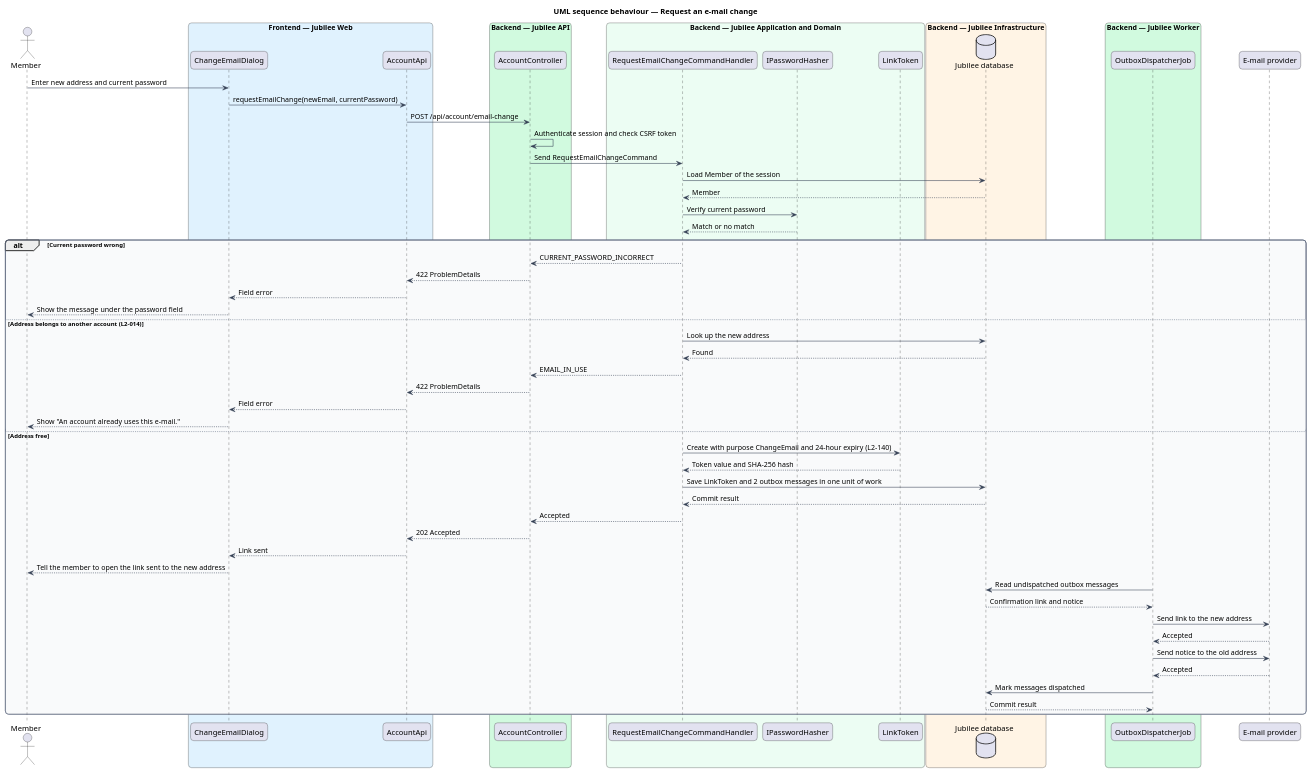
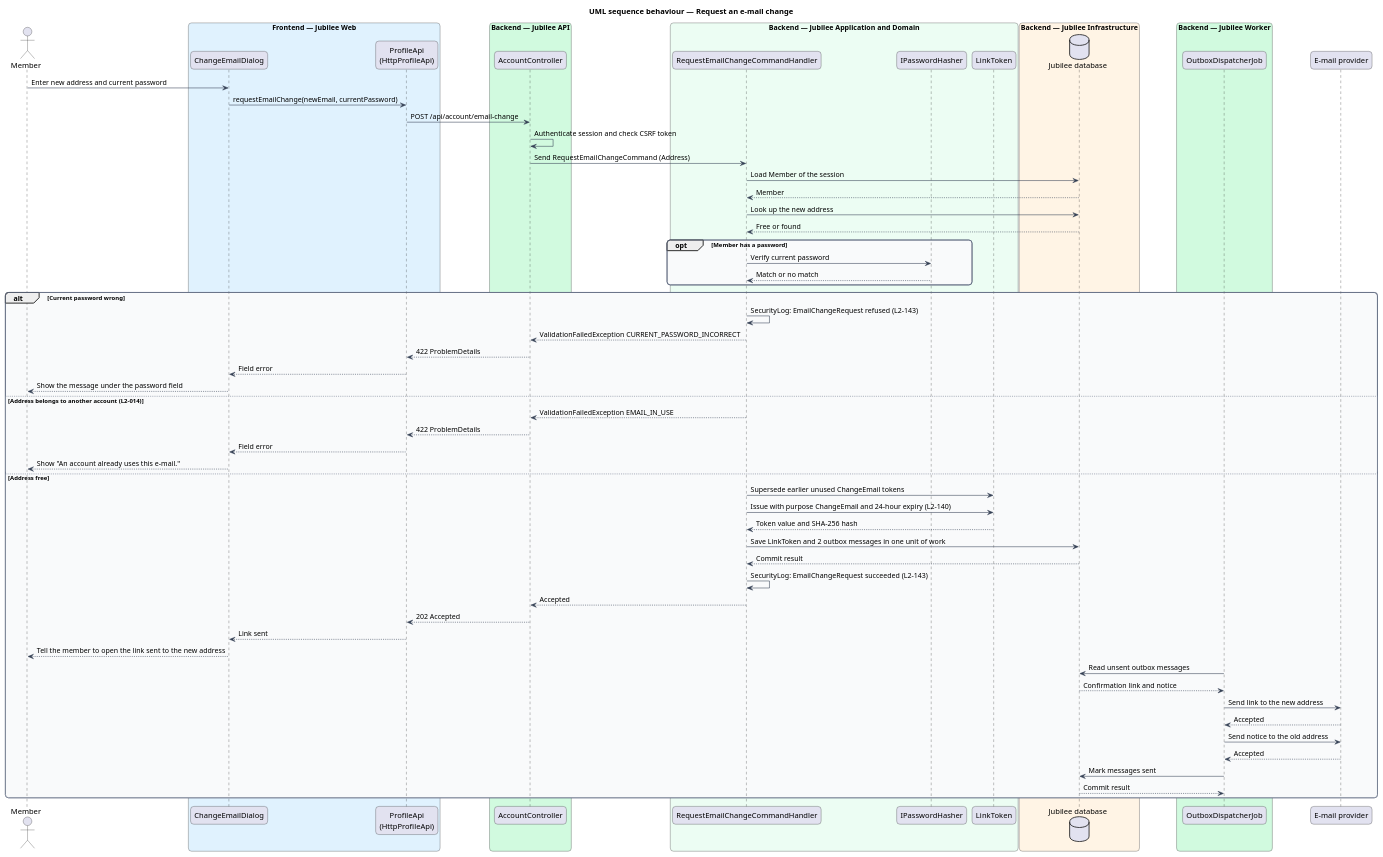
The diagram in docs/detailed-designs/accounts/change-credentials/diagrams/sequence-request-email-change.puml (QuinntyneBrown/jubilee), drawn with PlantUML before and after one commit. The commit also changed 30 other files, not shown here.

```diff
--- a/docs/detailed-designs/accounts/change-credentials/diagrams/sequence-request-email-change.puml
+++ b/docs/detailed-designs/accounts/change-credentials/diagrams/sequence-request-email-change.puml
@@ -1,78 +1,83 @@
 @startuml
 title UML sequence behaviour — Request an e-mail change
 skinparam backgroundColor #FFFFFF
 skinparam shadowing false
 skinparam roundcorner 12
 skinparam defaultFontName Arial
 skinparam ArrowColor #344054
 skinparam rectangle {
   BorderColor #344054
   FontColor #101828
 }
 skinparam package {
   BorderColor #667085
   FontColor #101828
   BackgroundColor #F9FAFB
 }
 
 
 actor "Member" as actor
 box "Frontend — Jubilee Web" #E0F2FE
   participant "ChangeEmailDialog" as dialog
-  participant "AccountApi" as client
+  participant "ProfileApi\n(HttpProfileApi)" as client
 end box
 box "Backend — Jubilee API" #D1FADF
   participant "AccountController" as controller
 end box
 box "Backend — Jubilee Application and Domain" #ECFDF3
   participant "RequestEmailChangeCommandHandler" as handler
   participant "IPasswordHasher" as hasher
   participant "LinkToken" as token
 end box
 box "Backend — Jubilee Infrastructure" #FFF4E5
   database "Jubilee database" as db
 end box
 box "Backend — Jubilee Worker" #D1FADF
   participant "OutboxDispatcherJob" as job
 end box
 participant "E-mail provider" as email
 actor -> dialog : Enter new address and current password
 dialog -> client : requestEmailChange(newEmail, currentPassword)
 client -> controller : POST /api/account/email-change
 controller -> controller : Authenticate session and check CSRF token
-controller -> handler : Send RequestEmailChangeCommand
+controller -> handler : Send RequestEmailChangeCommand (Address)
 handler -> db : Load Member of the session
 db --> handler : Member
-handler -> hasher : Verify current password
-hasher --> handler : Match or no match
+handler -> db : Look up the new address
+db --> handler : Free or found
+opt Member has a password
+  handler -> hasher : Verify current password
+  hasher --> handler : Match or no match
+end
 alt Current password wrong
-  handler --> controller : CURRENT_PASSWORD_INCORRECT
+  handler -> handler : SecurityLog: EmailChangeRequest refused (L2-143)
+  handler --> controller : ValidationFailedException CURRENT_PASSWORD_INCORRECT
   controller --> client : 422 ProblemDetails
   client --> dialog : Field error
   dialog --> actor : Show the message under the password field
 else Address belongs to another account (L2-014)
-  handler -> db : Look up the new address
-  db --> handler : Found
-  handler --> controller : EMAIL_IN_USE
+  handler --> controller : ValidationFailedException EMAIL_IN_USE
   controller --> client : 422 ProblemDetails
   client --> dialog : Field error
   dialog --> actor : Show "An account already uses this e-mail."
 else Address free
-  handler -> token : Create with purpose ChangeEmail and 24-hour expiry (L2-140)
+  handler -> token : Supersede earlier unused ChangeEmail tokens
+  handler -> token : Issue with purpose ChangeEmail and 24-hour expiry (L2-140)
   token --> handler : Token value and SHA-256 hash
   handler -> db : Save LinkToken and 2 outbox messages in one unit of work
   db --> handler : Commit result
+  handler -> handler : SecurityLog: EmailChangeRequest succeeded (L2-143)
   handler --> controller : Accepted
   controller --> client : 202 Accepted
   client --> dialog : Link sent
   dialog --> actor : Tell the member to open the link sent to the new address
-  job -> db : Read undispatched outbox messages
+  job -> db : Read unsent outbox messages
   db --> job : Confirmation link and notice
   job -> email : Send link to the new address
   email --> job : Accepted
   job -> email : Send notice to the old address
   email --> job : Accepted
-  job -> db : Mark messages dispatched
+  job -> db : Mark messages sent
   db --> job : Commit result
 end
 @enduml
```
